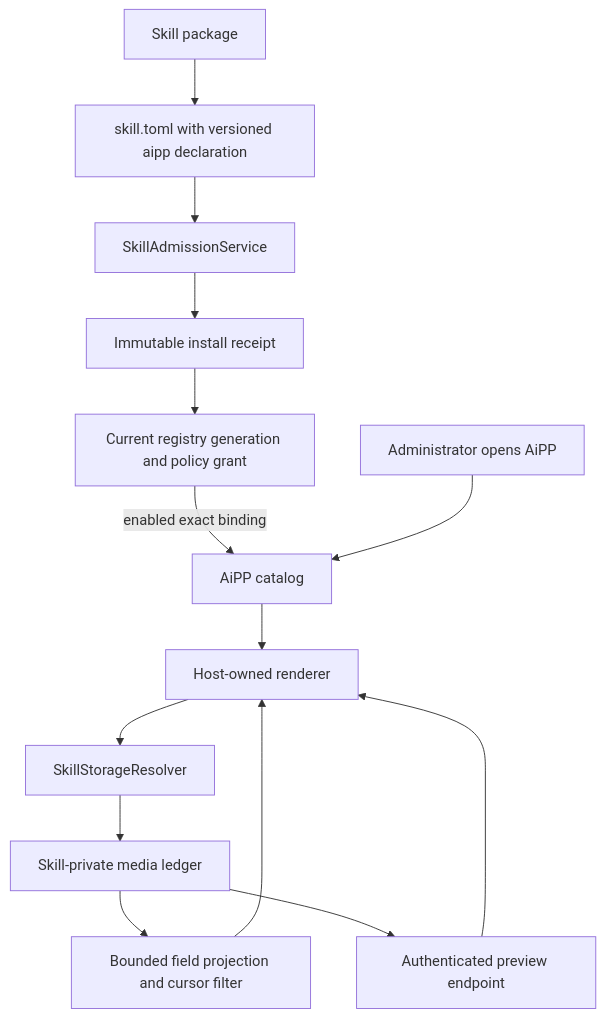
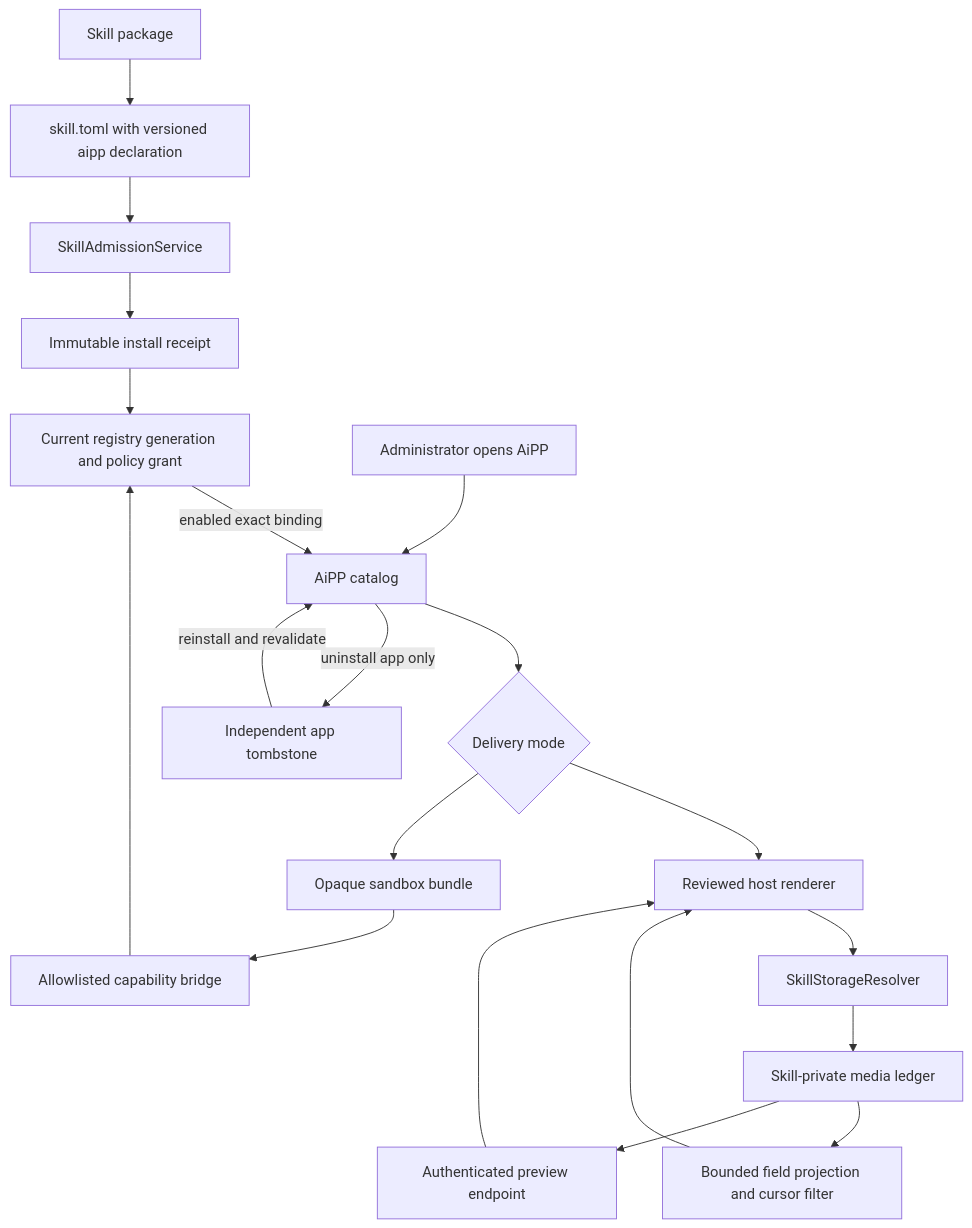
The diagram in docs/architecture/14-aipp-skill-companions.md (MatrixCoreX/RustClaw), drawn with Mermaid before and after one commit. The commit also changed other lines of this file and 25 other files, not shown here.

````diff
--- a/docs/architecture/14-aipp-skill-companions.md
+++ b/docs/architecture/14-aipp-skill-companions.md
@@ -39,21 +41,28 @@
 ```mermaid
 flowchart TD
     P[Skill package]
     M[skill.toml with versioned aipp declaration]
     A[SkillAdmissionService]
     R[Immutable install receipt]
     G[Current registry generation and policy grant]
     C[AiPP catalog]
     U[Administrator opens AiPP]
-    H[Host-owned renderer]
+    H{Delivery mode}
+    HR[Reviewed host renderer]
+    SB[Opaque sandbox bundle]
+    CB[Allowlisted capability bridge]
     S[SkillStorageResolver]
     D[Skill-private media ledger]
     F[Bounded field projection and cursor filter]
     V[Authenticated preview endpoint]
+    T[Independent app tombstone]
 
     P --> M --> A --> R --> G
     G -->|enabled exact binding| C
     U --> C --> H
-    H --> S --> D --> F --> H
-    D --> V --> H
+    H --> HR --> S --> D --> F --> HR
+    D --> V --> HR
+    H --> SB --> CB --> G
+    C -->|uninstall app only| T
+    T -->|reinstall and revalidate| C
 ```
````
